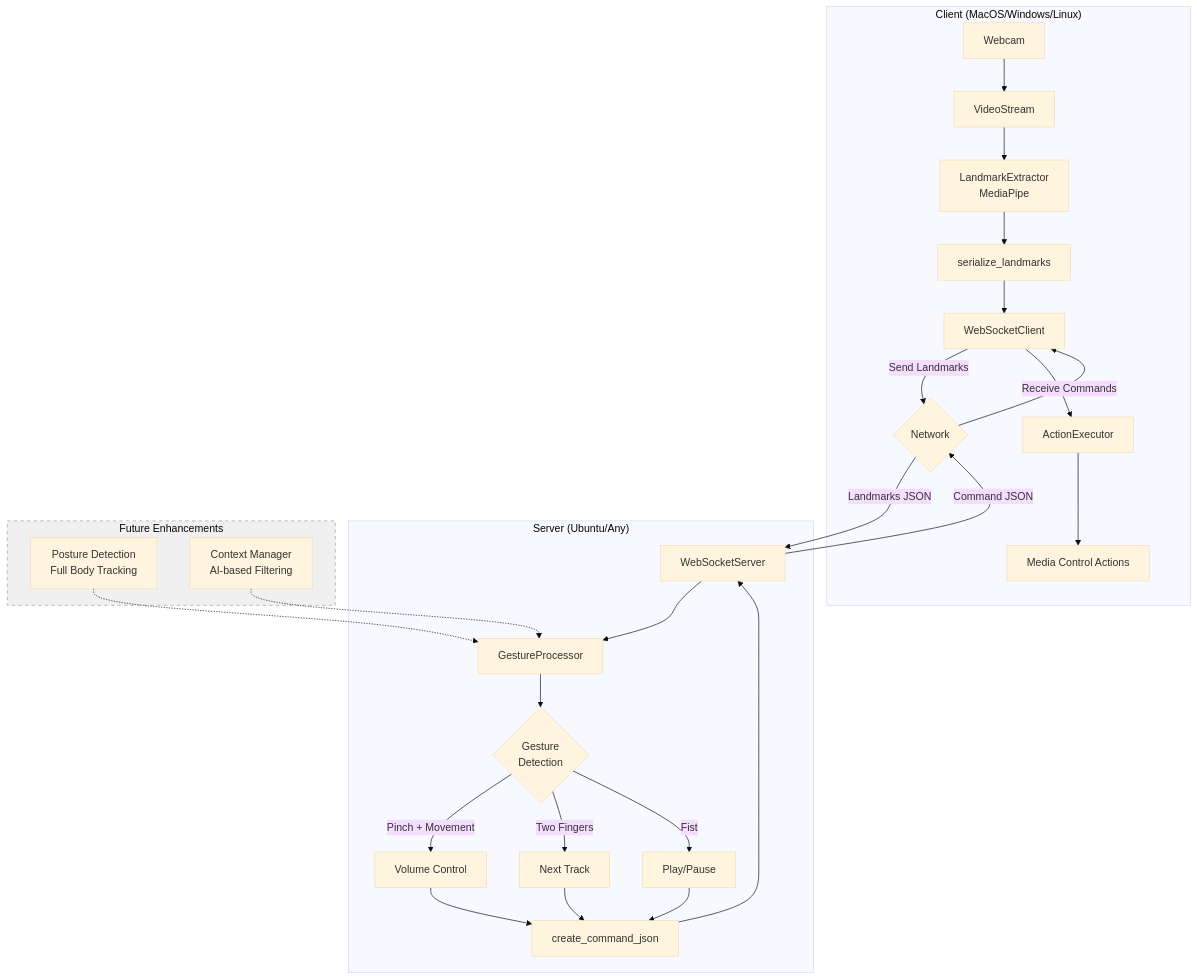
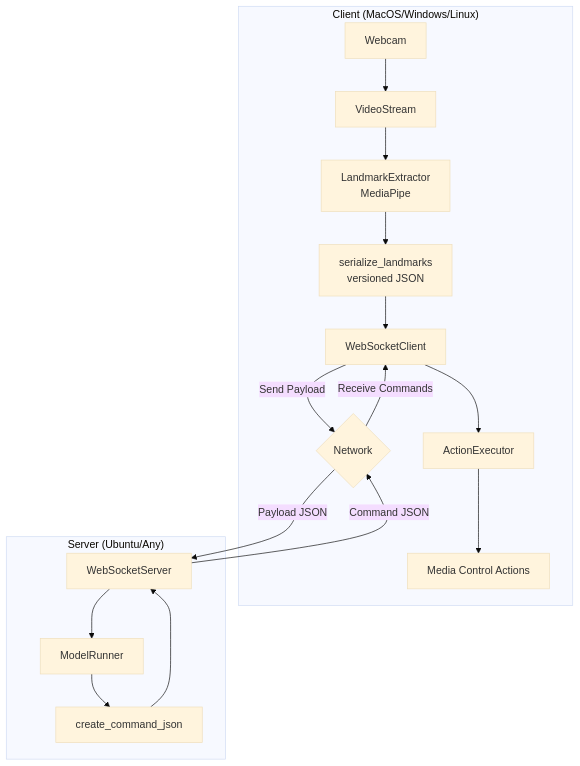
The diagram in README.md (SitoSt/GestureDetection), drawn with Mermaid (base theme) before and after one commit. The commit also changed other lines of this file and 9 other files, not shown here.

````diff
--- a/README.md
+++ b/README.md
@@ -22,36 +19,21 @@
 ```mermaid
 graph TB
     subgraph Client["Client (MacOS/Windows/Linux)"]
         Camera[Webcam] --> VideoStream[VideoStream]
         VideoStream --> LandmarkExtractor[LandmarkExtractor<br/>MediaPipe]
-        LandmarkExtractor --> Serializer[serialize_landmarks]
+        LandmarkExtractor --> Serializer[serialize_landmarks<br/>versioned JSON]
         Serializer --> WSClient[WebSocketClient]
-        WSClient -->|Send Landmarks| Network{Network}
+        WSClient -->|Send Payload| Network{Network}
         Network -->|Receive Commands| WSClient
         WSClient --> ActionExecutor[ActionExecutor]
         ActionExecutor --> Actions[Media Control Actions]
     end
     
     subgraph Server["Server (Ubuntu/Any)"]
-        Network -->|Landmarks JSON| WSServer[WebSocketServer]
-        WSServer --> GestureProcessor[GestureProcessor]
-        GestureProcessor --> Detection{Gesture<br/>Detection}
-        Detection -->|Pinch + Movement| VolumeControl[Volume Control]
-        Detection -->|Two Fingers| NextTrack[Next Track]
-        Detection -->|Fist| PlayPause[Play/Pause]
-        VolumeControl --> Response[create_command_json]
-        NextTrack --> Response
-        PlayPause --> Response
+        Network -->|Payload JSON| WSServer[WebSocketServer]
+        WSServer --> ModelRunner[ModelRunner]
+        ModelRunner --> Response[create_command_json]
         Response --> WSServer
         WSServer -->|Command JSON| Network
     end
-    
-    subgraph Future["Future Enhancements"]
-        PostureModule[Posture Detection<br/>Full Body Tracking]
-        ContextManager[Context Manager<br/>AI-based Filtering]
-        PostureModule -.-> GestureProcessor
-        ContextManager -.-> GestureProcessor
-    end
-    
-    style Future fill:#f0f0f0,stroke:#999,stroke-dasharray: 5 5
 ```
````
